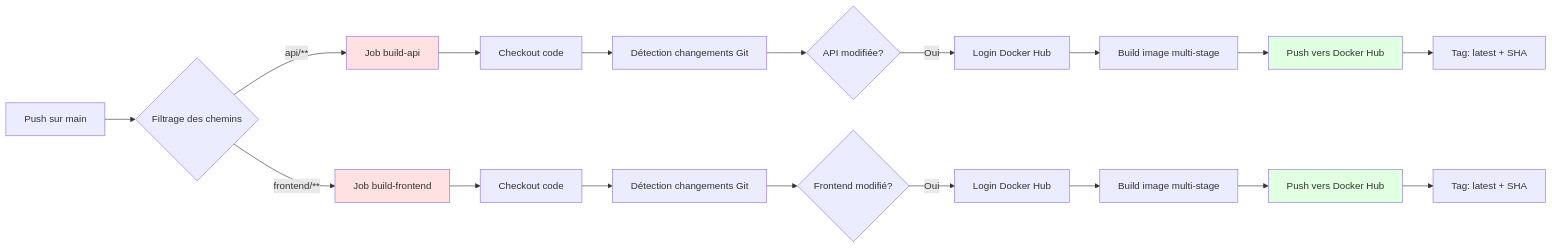
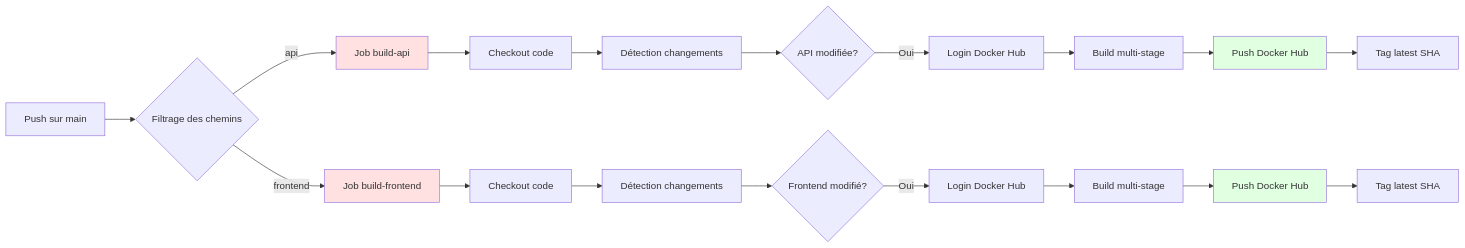
The fourth of 4 diagrams in README.md (Mathildeagr/td_docker), drawn with Mermaid before and after one commit. The commit also changed other lines of this file, not shown here.

Commit message:
fix mermaid error

````diff
--- a/README.md
+++ b/README.md
@@ -362,27 +362,27 @@
 ```mermaid
 graph LR
     A[Push sur main] --> B{Filtrage des chemins}
-    B -->|api/**| C[Job build-api]
-    B -->|frontend/**| D[Job build-frontend]
+    B -->|api| C[Job build-api]
+    B -->|frontend| D[Job build-frontend]
     
     C --> E[Checkout code]
-    E --> F[Détection changements Git]
+    E --> F[Détection changements]
     F --> G{API modifiée?}
     G -->|Oui| H[Login Docker Hub]
-    H --> I[Build image multi-stage]
-    I --> J[Push vers Docker Hub]
-    J --> K[Tag: latest + SHA]
+    H --> I[Build multi-stage]
+    I --> J[Push Docker Hub]
+    J --> K[Tag latest SHA]
     
     D --> L[Checkout code]
-    L --> M[Détection changements Git]
+    L --> M[Détection changements]
     M --> N{Frontend modifié?}
     N -->|Oui| O[Login Docker Hub]
-    O --> P[Build image multi-stage]
-    P --> Q[Push vers Docker Hub]
-    Q --> R[Tag: latest + SHA]
+    O --> P[Build multi-stage]
+    P --> Q[Push Docker Hub]
+    Q --> R[Tag latest SHA]
     
     style C fill:#ffe1e1
     style D fill:#ffe1e1
     style J fill:#e1ffe1
     style Q fill:#e1ffe1
 ```
````
